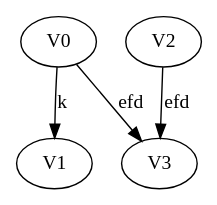
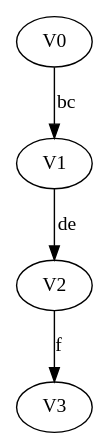
One commit to ermsharo/EP_GRAFO_PONDERADO changed the diagram in Grafo.dot. Above: the diagram before and after it, drawn with Graphviz. The commit also changed 3 other files, not shown here.

```diff
--- a/Grafo.dot
+++ b/Grafo.dot
@@ -1,6 +1,6 @@
 digraph{
-V0 -> V3[label=efd]; 
- V0 -> V1[label=k]; 
- V2 -> V3[label=efd]; 
+V0 -> V1[label=bc]; 
+ V1 -> V2[label=de]; 
+ V2 -> V3[label=f]; 
   
 }
```
